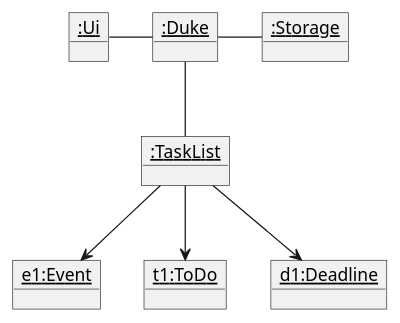
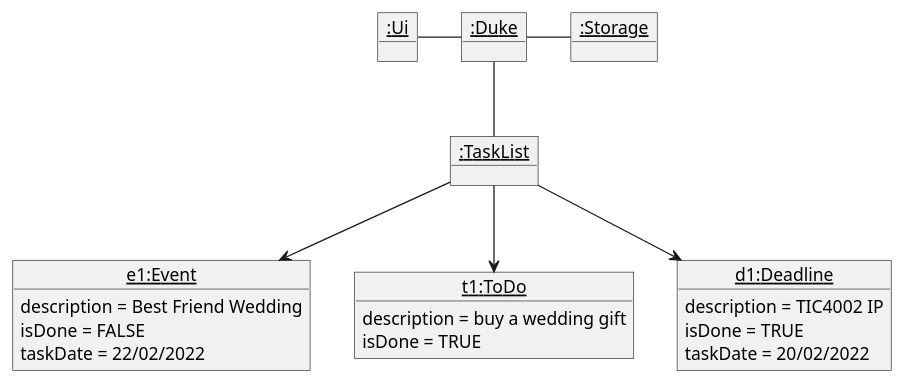
The diagram in docs/UML/Object.puml (nus-tic4002-AY2122s2/ip), drawn with PlantUML before and after one commit. The commit also changed 2 other files, not shown here.

```diff
--- a/docs/UML/Object.puml
+++ b/docs/UML/Object.puml
@@ -1,21 +1,32 @@
 @startuml
 'https://plantuml.com/object-diagram
 
 object "<u>:Duke" As Duke
 object "<u>:Ui" As Ui
 object "<u>:TaskList" As TaskList
 object "<u>:Storage" As Storage
-object "<u>e1:Event" As Event
-object "<u>t1:ToDo" As ToDo
-object "<u>d1:Deadline" As Deadline
+object "<u>e1:Event" As Event {
+description = Best Friend Wedding
+isDone = FALSE
+taskDate = 22/02/2022
+}
+object "<u>t1:ToDo" As ToDo{
+description = buy a wedding gift
+isDone = TRUE
+}
+object "<u>d1:Deadline" As Deadline{
+description = TIC4002 IP
+isDone = TRUE
+taskDate = 20/02/2022
+}
 
 Ui - Duke
 Duke  -- TaskList
 Duke - Storage
 TaskList --> Event
 TaskList -->  ToDo
 TaskList -->  Deadline
 
 
 
 @enduml
```
